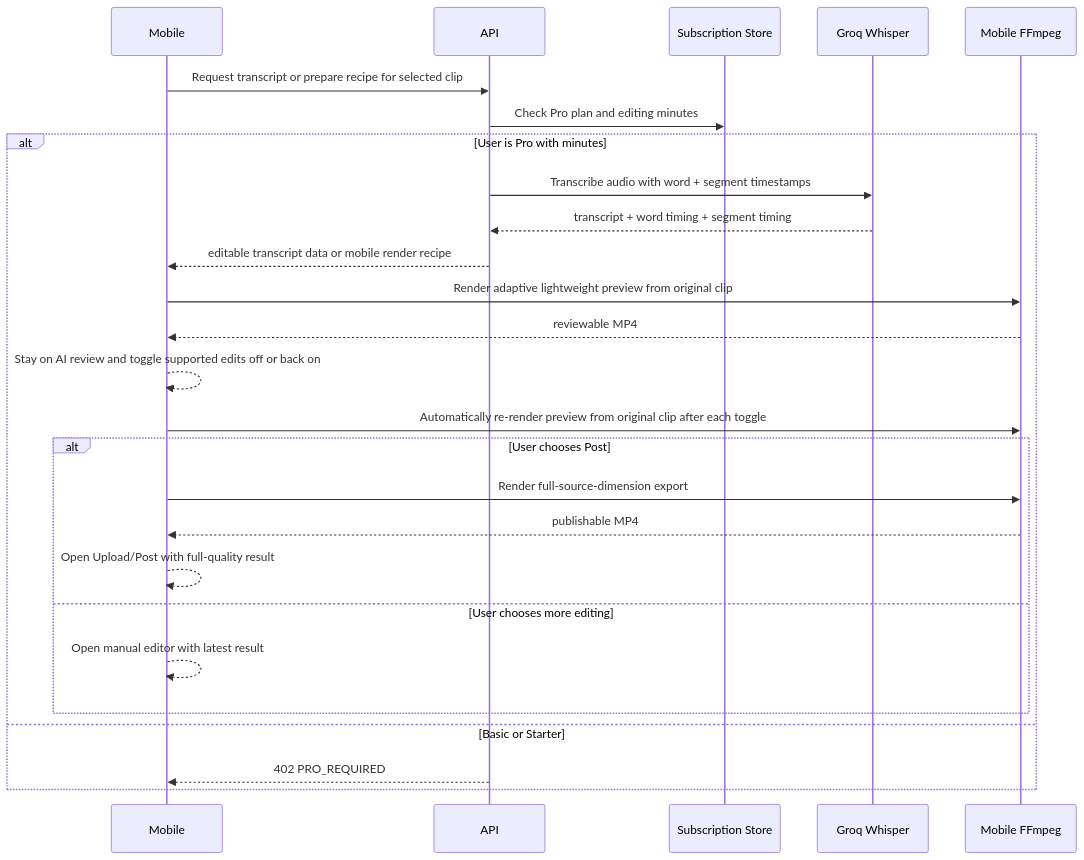
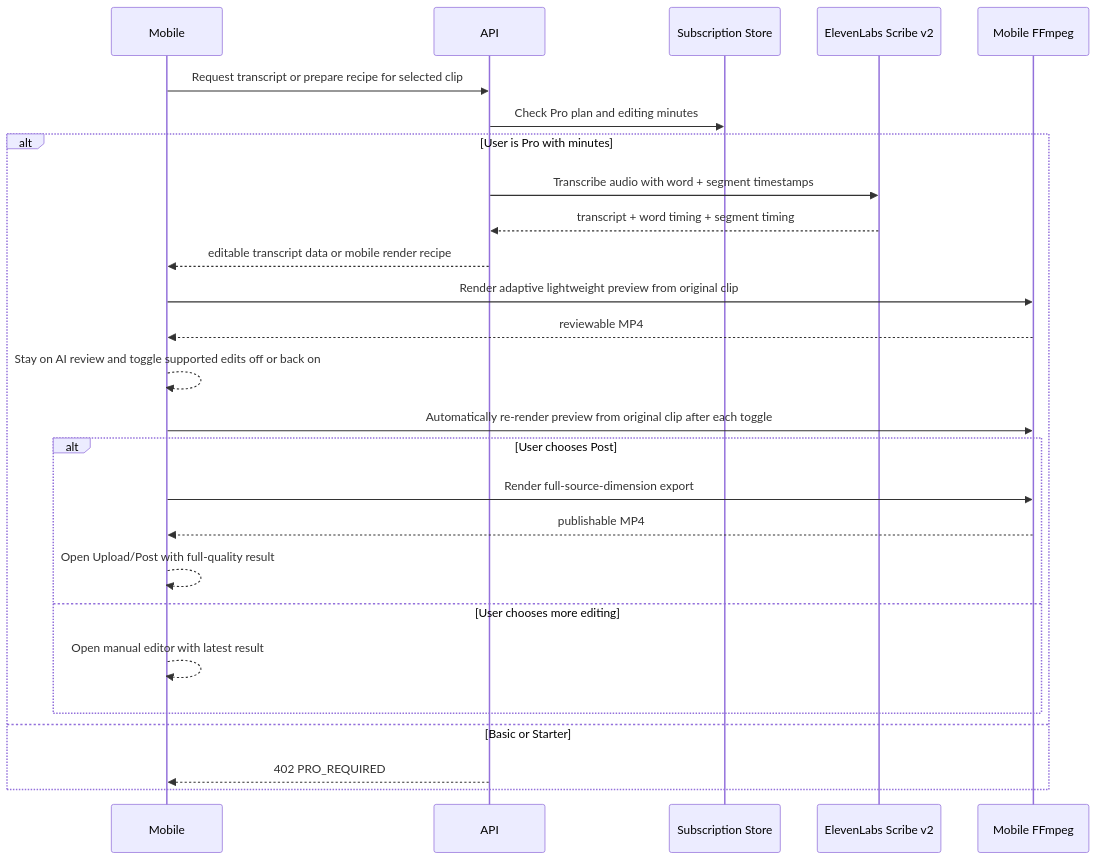
Before and after one commit to NOI56/PostDeeMobile: the seventh of 8 diagrams in ARCHITECTURE.md, drawn with Mermaid. The commit also changed other lines of this file and 32 other files, not shown here.

````diff
--- a/ARCHITECTURE.md
+++ b/ARCHITECTURE.md
@@ -555,29 +555,29 @@
 ```mermaid
 sequenceDiagram
   participant M as Mobile
   participant A as API
   participant Sub as Subscription Store
-  participant W as Groq Whisper
+  participant W as ElevenLabs Scribe v2
   participant F as Mobile FFmpeg
 
   M->>A: Request transcript or prepare recipe for selected clip
   A->>Sub: Check Pro plan and editing minutes
   alt User is Pro with minutes
     A->>W: Transcribe audio with word + segment timestamps
     W-->>A: transcript + word timing + segment timing
     A-->>M: editable transcript data or mobile render recipe
     M->>F: Render adaptive lightweight preview from original clip
     F-->>M: reviewable MP4
     M-->>M: Stay on AI review and toggle supported edits off or back on
     M->>F: Automatically re-render preview from original clip after each toggle
     alt User chooses Post
       M->>F: Render full-source-dimension export
       F-->>M: publishable MP4
       M-->>M: Open Upload/Post with full-quality result
     else User chooses more editing
       M-->>M: Open manual editor with latest result
     end
   else Basic or Starter
     A-->>M: 402 PRO_REQUIRED
   end
 ```
````
